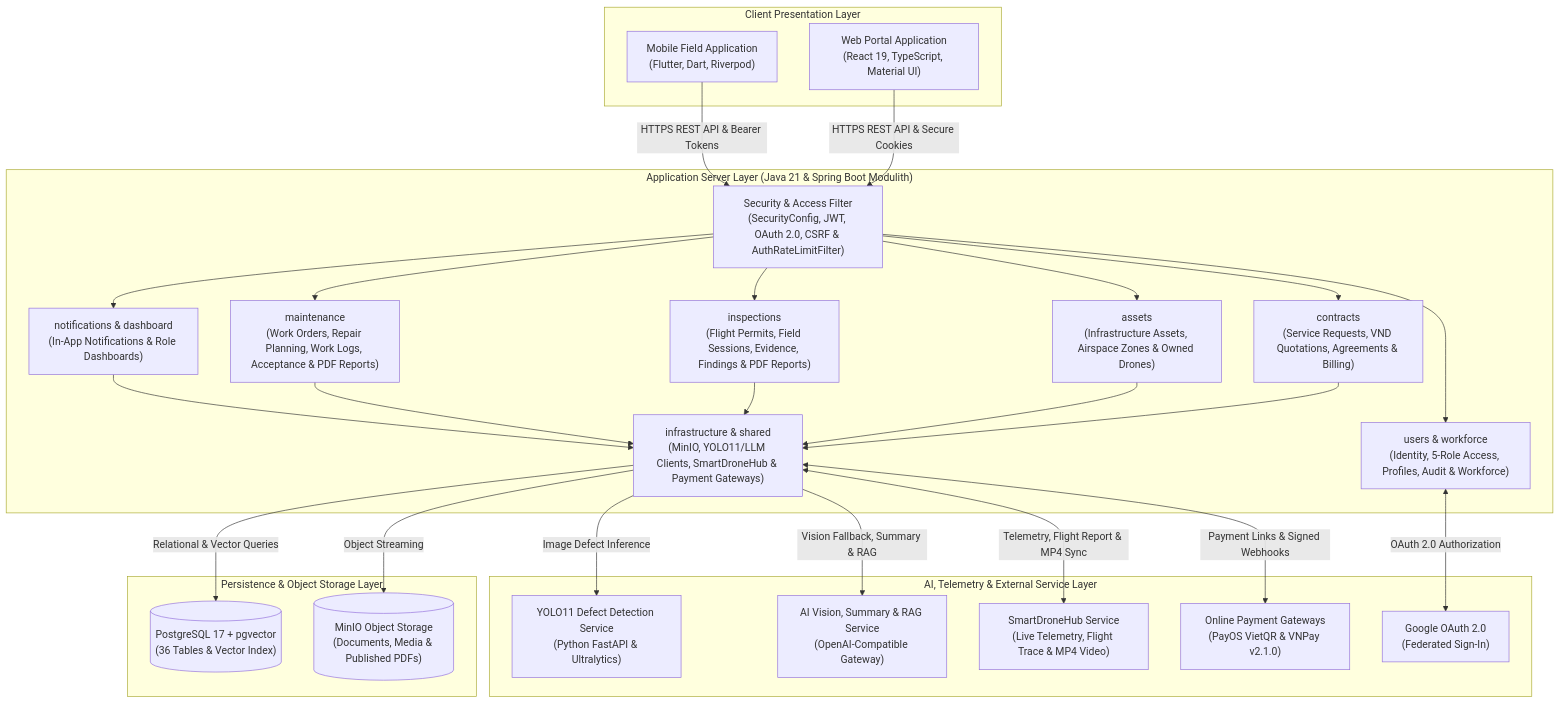
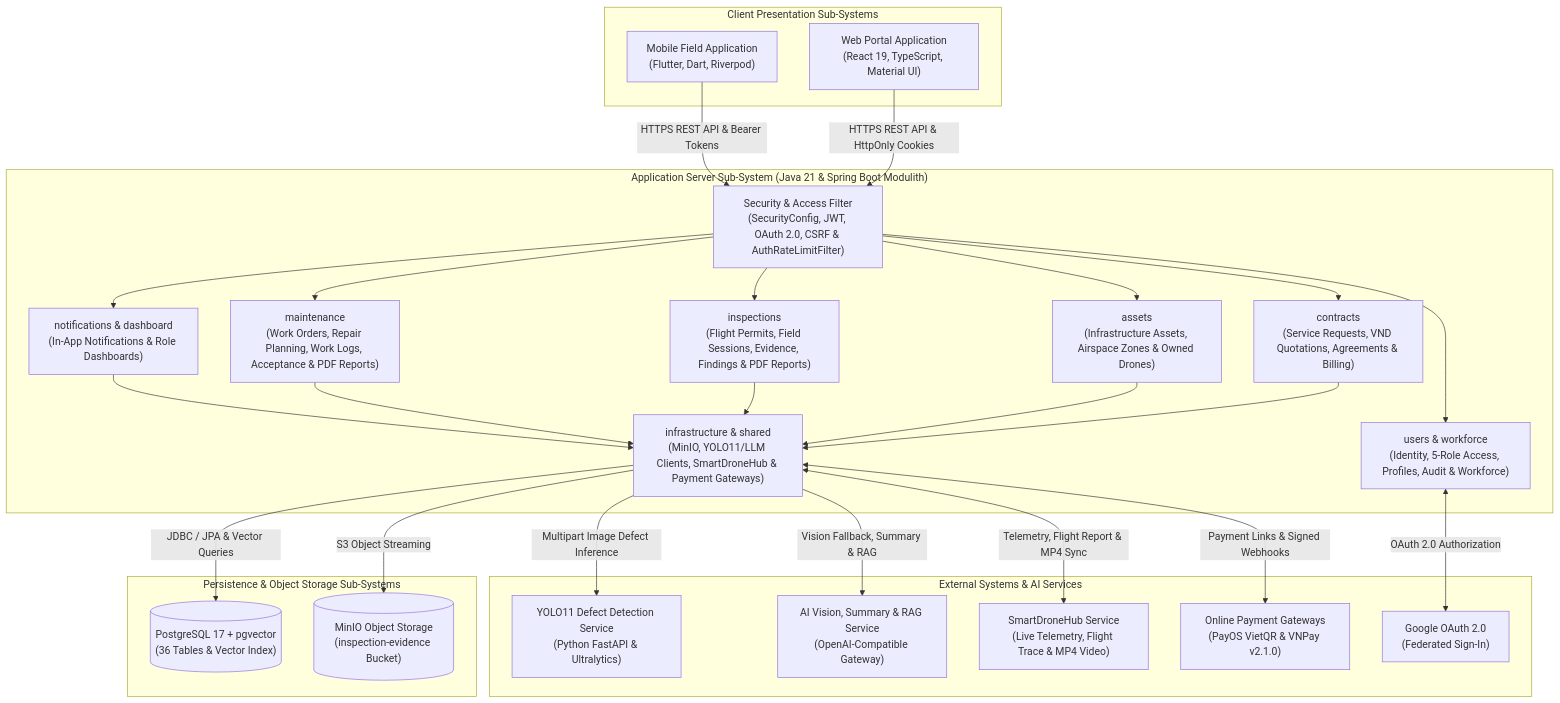
The first of 4 diagrams in reports/report-4-software-design-document/01-system-design.md (tungbach12/SmartDroneInspection-Docs), drawn with Mermaid before and after one commit. The commit also changed other lines of this file and 94 other files, not shown here.

````diff
--- a/reports/report-4-software-design-document/01-system-design.md
+++ b/reports/report-4-software-design-document/01-system-design.md
@@ -16,56 +16,56 @@
 ```mermaid
 %% title: System Architecture Diagram
 flowchart TD
-  subgraph Clients["Client Presentation Layer"]
+  subgraph Clients["Client Presentation Sub-Systems"]
     CLIENT_WEB["Web Portal Application\n(React 19, TypeScript, Material UI)"]
     CLIENT_MOB["Mobile Field Application\n(Flutter, Dart, Riverpod)"]
   end
 
-  subgraph Backend["Application Server Layer (Java 21 & Spring Boot Modulith)"]
+  subgraph Backend["Application Server Sub-System (Java 21 & Spring Boot Modulith)"]
     SEC_FILTER["Security & Access Filter\n(SecurityConfig, JWT, OAuth 2.0, CSRF & AuthRateLimitFilter)"]
     MOD_USERS["users & workforce\n(Identity, 5-Role Access, Profiles, Audit & Workforce)"]
     MOD_CONTRACTS["contracts\n(Service Requests, VND Quotations, Agreements & Billing)"]
     MOD_ASSETS["assets\n(Infrastructure Assets, Airspace Zones & Owned Drones)"]
     MOD_INSP["inspections\n(Flight Permits, Field Sessions, Evidence, Findings & PDF Reports)"]
     MOD_MAINT["maintenance\n(Work Orders, Repair Planning, Work Logs, Acceptance & PDF Reports)"]
     MOD_NOTIF["notifications & dashboard\n(In-App Notifications & Role Dashboards)"]
     MOD_INFRA["infrastructure & shared\n(MinIO, YOLO11/LLM Clients, SmartDroneHub & Payment Gateways)"]
   end
 
-  subgraph DataAndStorage["Persistence & Object Storage Layer"]
+  subgraph DataAndStorage["Persistence & Object Storage Sub-Systems"]
     DB_PG[("PostgreSQL 17 + pgvector\n(36 Tables & Vector Index)")]
-    STORE_MINIO[("MinIO Object Storage\n(Documents, Media & Published PDFs)")]
+    STORE_MINIO[("MinIO Object Storage\n(inspection-evidence Bucket)")]
   end
 
-  subgraph ExternalAndAI["AI, Telemetry & External Service Layer"]
+  subgraph ExternalAndAI["External Systems & AI Services"]
     AI_SERVICE["YOLO11 Defect Detection Service\n(Python FastAPI & Ultralytics)"]
     LLM_GATEWAY["AI Vision, Summary & RAG Service\n(OpenAI-Compatible Gateway)"]
     DRONE_HUB["SmartDroneHub Service\n(Live Telemetry, Flight Trace & MP4 Video)"]
     PAY_GATEWAY["Online Payment Gateways\n(PayOS VietQR & VNPay v2.1.0)"]
     GOOGLE_OAUTH["Google OAuth 2.0\n(Federated Sign-In)"]
   end
 
-  CLIENT_WEB -->|"HTTPS REST API & Secure Cookies"| SEC_FILTER
+  CLIENT_WEB -->|"HTTPS REST API & HttpOnly Cookies"| SEC_FILTER
   CLIENT_MOB -->|"HTTPS REST API & Bearer Tokens"| SEC_FILTER
 
   SEC_FILTER --> MOD_USERS
   SEC_FILTER --> MOD_CONTRACTS
   SEC_FILTER --> MOD_ASSETS
   SEC_FILTER --> MOD_INSP
   SEC_FILTER --> MOD_MAINT
   SEC_FILTER --> MOD_NOTIF
 
   MOD_CONTRACTS --> MOD_INFRA
   MOD_ASSETS --> MOD_INFRA
   MOD_INSP --> MOD_INFRA
   MOD_MAINT --> MOD_INFRA
   MOD_NOTIF --> MOD_INFRA
 
-  MOD_INFRA -->|"Relational & Vector Queries"| DB_PG
-  MOD_INFRA -->|"Object Streaming"| STORE_MINIO
-  MOD_INFRA -->|"Image Defect Inference"| AI_SERVICE
+  MOD_INFRA -->|"JDBC / JPA & Vector Queries"| DB_PG
+  MOD_INFRA -->|"S3 Object Streaming"| STORE_MINIO
+  MOD_INFRA -->|"Multipart Image Defect Inference"| AI_SERVICE
   MOD_INFRA -->|"Vision Fallback, Summary & RAG"| LLM_GATEWAY
   MOD_INFRA <-->|"Telemetry, Flight Report & MP4 Sync"| DRONE_HUB
   MOD_INFRA <-->|"Payment Links & Signed Webhooks"| PAY_GATEWAY
   MOD_USERS <-->|"OAuth 2.0 Authorization"| GOOGLE_OAUTH
 ```
````
